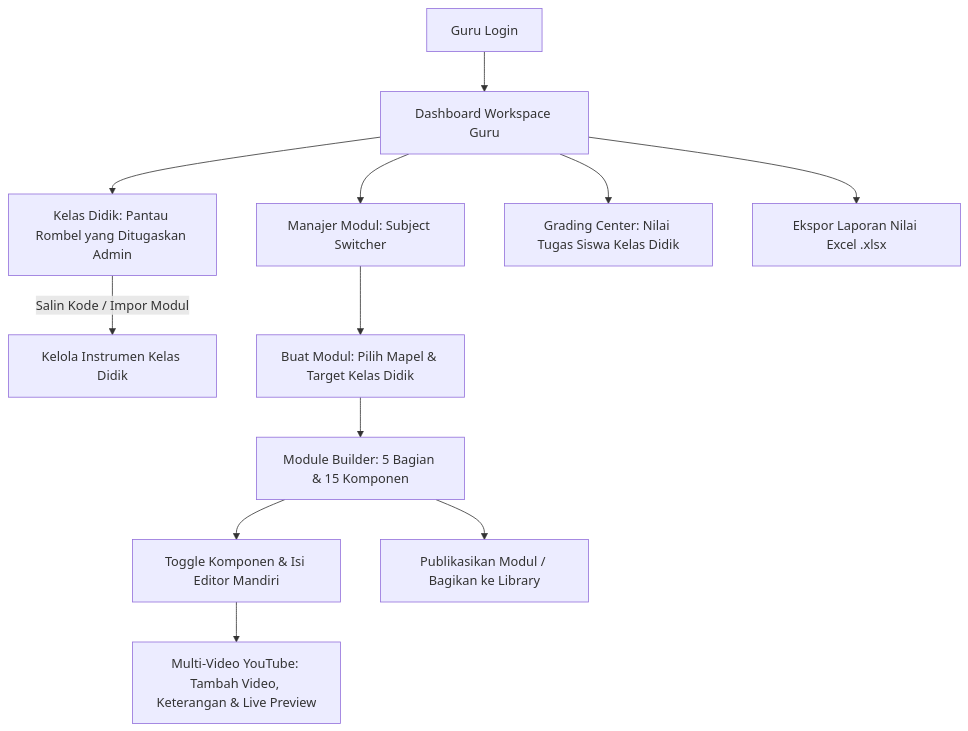
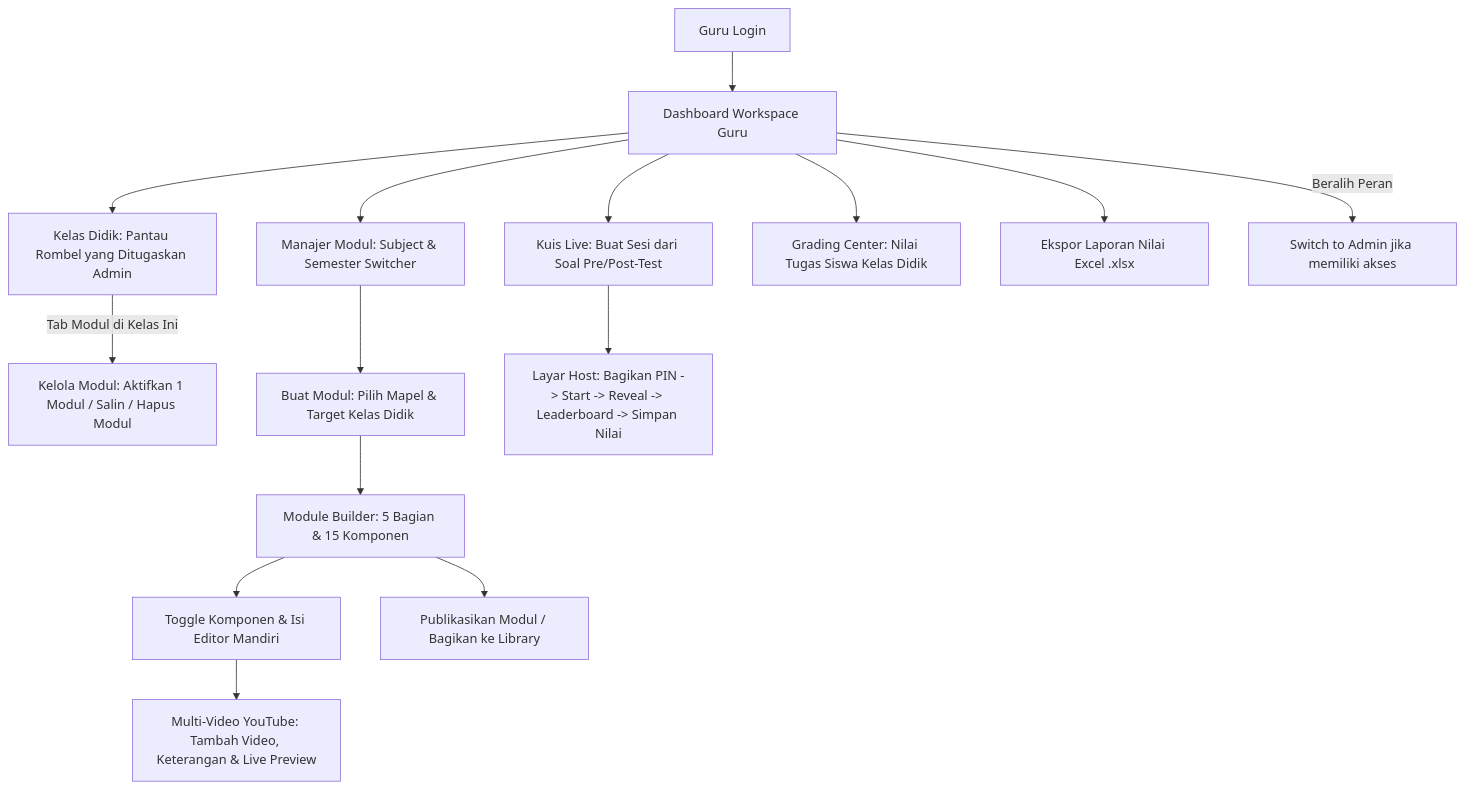
The second of 5 diagrams in prd.md (AdiLamunedo21/e-modul), drawn with Mermaid before and after one commit. The commit also changed other lines of this file, not shown here.

Commit message:
docs(prd): perbarui prd.md dengan fitur kuis live, kenaikan kelas, import excel, dual-role switcher, dan siklus modul kelas terkini

````diff
--- a/prd.md
+++ b/prd.md
@@ -272,14 +365,17 @@
 ```mermaid
 graph TD
     A[Guru Login] --> B[Dashboard Workspace Guru]
     B --> C[Kelas Didik: Pantau Rombel yang Ditugaskan Admin]
-    C -->|Salin Kode / Impor Modul| C1[Kelola Instrumen Kelas Didik]
-    B --> D[Manajer Modul: Subject Switcher]
+    C -->|Tab Modul di Kelas Ini| C1[Kelola Modul: Aktifkan 1 Modul / Salin / Hapus Modul]
+    B --> D[Manajer Modul: Subject & Semester Switcher]
     D --> E[Buat Modul: Pilih Mapel & Target Kelas Didik]
     E --> F[Module Builder: 5 Bagian & 15 Komponen]
     F --> G[Toggle Komponen & Isi Editor Mandiri]
     G --> H[Multi-Video YouTube: Tambah Video, Keterangan & Live Preview]
     F --> I[Publikasikan Modul / Bagikan ke Library]
-    B --> J[Grading Center: Nilai Tugas Siswa Kelas Didik]
-    B --> K[Ekspor Laporan Nilai Excel .xlsx]
+    B --> J[Kuis Live: Buat Sesi dari Soal Pre/Post-Test]
+    J --> J1[Layar Host: Bagikan PIN -> Start -> Reveal -> Leaderboard -> Simpan Nilai]
+    B --> K[Grading Center: Nilai Tugas Siswa Kelas Didik]
+    B --> L[Ekspor Laporan Nilai Excel .xlsx]
+    B -->|Beralih Peran| M[Switch to Admin jika memiliki akses]
 ```
````
